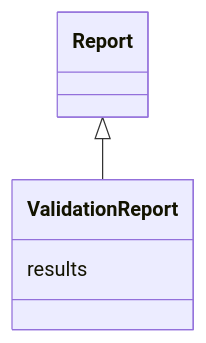
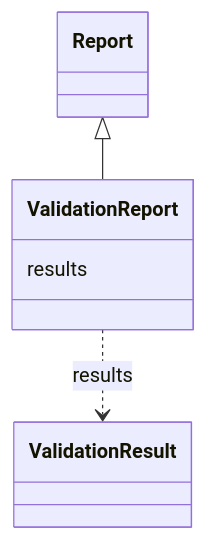
Before and after one commit to INCATools/ontology-access-kit: the diagram in validation/ValidationReport.md, drawn with Mermaid. The commit also changed other lines of this file and 1783 other files, not shown here.

````diff
--- a/validation/ValidationReport.md
+++ b/validation/ValidationReport.md
@@ -11,8 +11,11 @@
 ```{mermaid}
  classDiagram
     class ValidationReport
       Report <|-- ValidationReport
       
       ValidationReport : results
+        
+          ValidationReport ..> ValidationResult : results
+        
       
 ```
````
